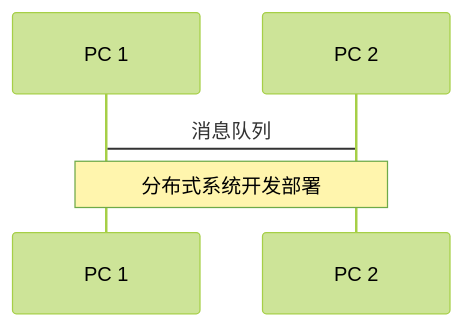
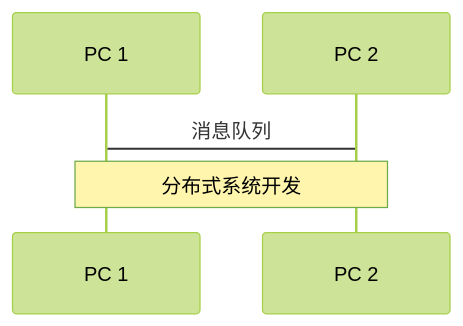
Before and after one commit to Arkrypto/Bears-PPT: the first of 3 diagrams in slides.md, drawn with Mermaid (forest theme). The commit also changed other lines of this file, not shown here.

````diff
--- a/slides.md
+++ b/slides.md
@@ -327,5 +331,5 @@
 ```mermaid {scale: 0.5}
 sequenceDiagram
     PC 1->PC 2: 消息队列
-    Note over PC 1,PC 2: 分布式系统开发部署
+    Note over PC 1,PC 2: 分布式系统开发
 ```
````
